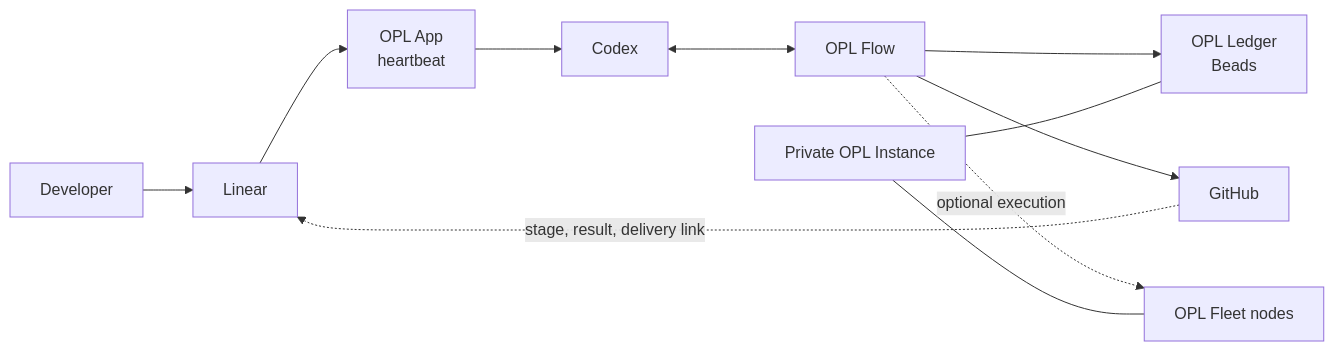
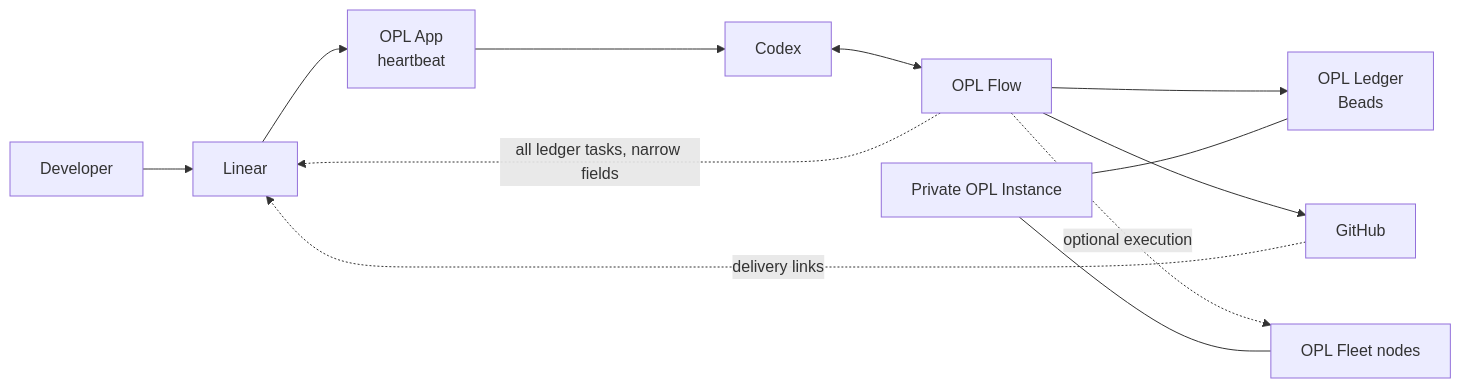
The diagram in README.md (gaofeng21cn/opl-flow), drawn with Mermaid before and after one commit. The commit also changed other lines of this file and 9 other files, not shown here.

````diff
--- a/README.md
+++ b/README.md
@@ -62,13 +62,14 @@
 ```mermaid
 flowchart LR
     U[Developer] --> L[Linear]
     L --> A[OPL App<br/>heartbeat]
     A --> C[Codex]
     C <--> F[OPL Flow]
     F --> B[OPL Ledger<br/>Beads]
     F --> G[GitHub]
     F -. optional execution .-> N[OPL Fleet nodes]
-    G -. stage, result, delivery link .-> L
+    F -. all ledger tasks, narrow fields .-> L
+    G -. delivery links .-> L
     I[Private OPL Instance] --- B
     I --- N
 ```
````
